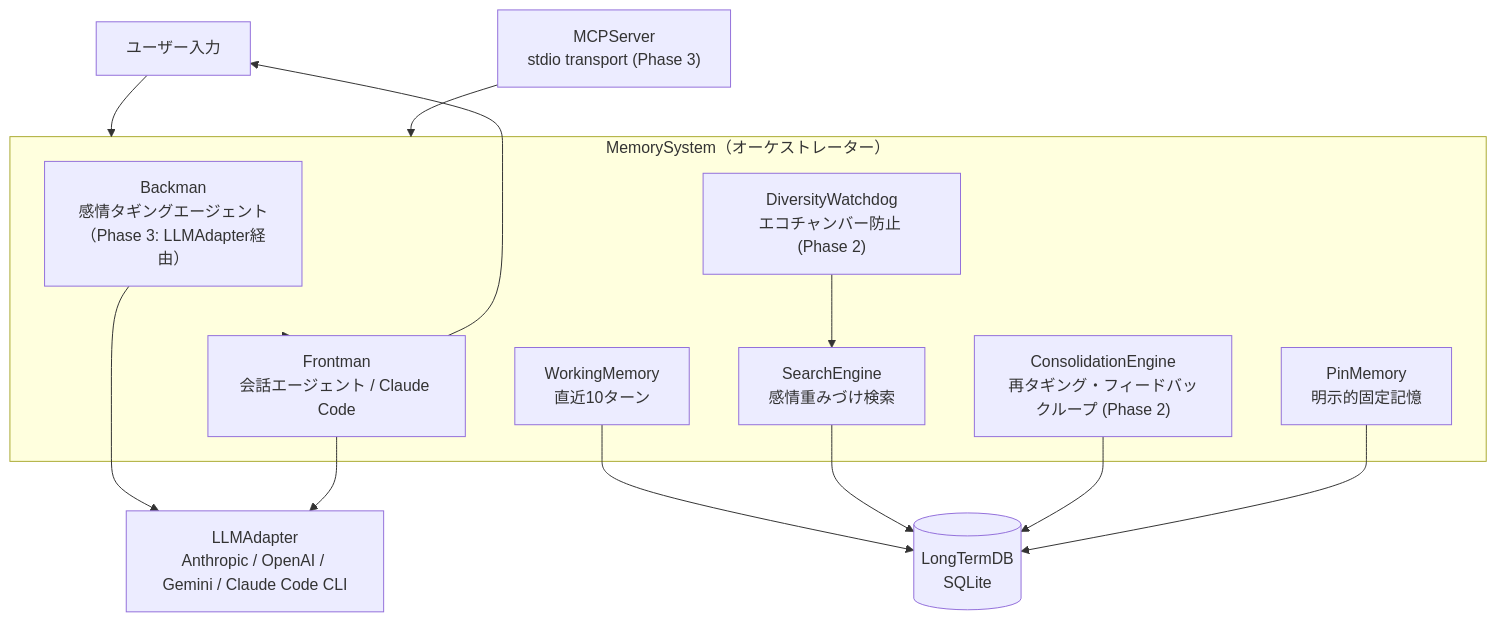
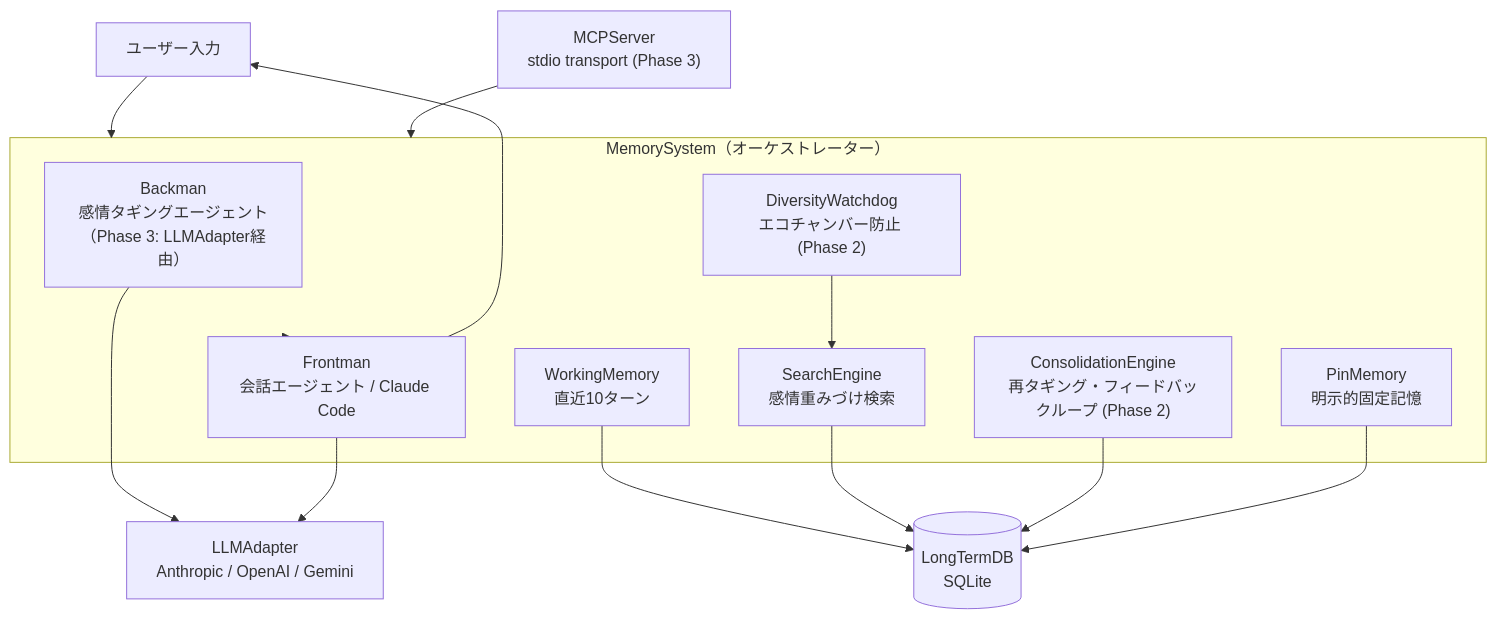
Before and after one commit to NOBI327/amygdala: the diagram in README_ja.md, drawn with Mermaid. The commit also changed other lines of this file and 1 other file, not shown here.

First line of the commit message:
Update READMEs: document two operating modes (Claude Code / API)

````diff
--- a/README_ja.md
+++ b/README_ja.md
@@ -83,30 +83,30 @@
 ```mermaid
 graph TD
     User["ユーザー入力"] --> MemorySystem
 
     subgraph MemorySystem["MemorySystem（オーケストレーター）"]
         Backman["Backman\n感情タギングエージェント\n（Phase 3: LLMAdapter経由）"]
         SearchEngine["SearchEngine\n感情重みづけ検索"]
         DiversityWatchdog["DiversityWatchdog\nエコチャンバー防止 (Phase 2)"]
         ConsolidationEngine["ConsolidationEngine\n再タギング・フィードバックループ (Phase 2)"]
         WorkingMemory["WorkingMemory\n直近10ターン"]
         PinMemory["PinMemory\n明示的固定記憶"]
         Frontman["Frontman\n会話エージェント / Claude Code"]
     end
 
     LongTermDB[("LongTermDB\nSQLite")]
-    LLMAdapter["LLMAdapter\nAnthropic / OpenAI / Gemini / Claude Code CLI"]
+    LLMAdapter["LLMAdapter\nAnthropic / OpenAI / Gemini"]
     MCPServer["MCPServer\nstdio transport (Phase 3)"]
 
     Backman --> LLMAdapter
     Frontman --> LLMAdapter
     MCPServer --> MemorySystem
     WorkingMemory --> LongTermDB
     SearchEngine --> LongTermDB
     ConsolidationEngine --> LongTermDB
     PinMemory --> LongTermDB
     DiversityWatchdog --> SearchEngine
 
     MemorySystem --> Frontman
     Frontman --> User
 ```
````
